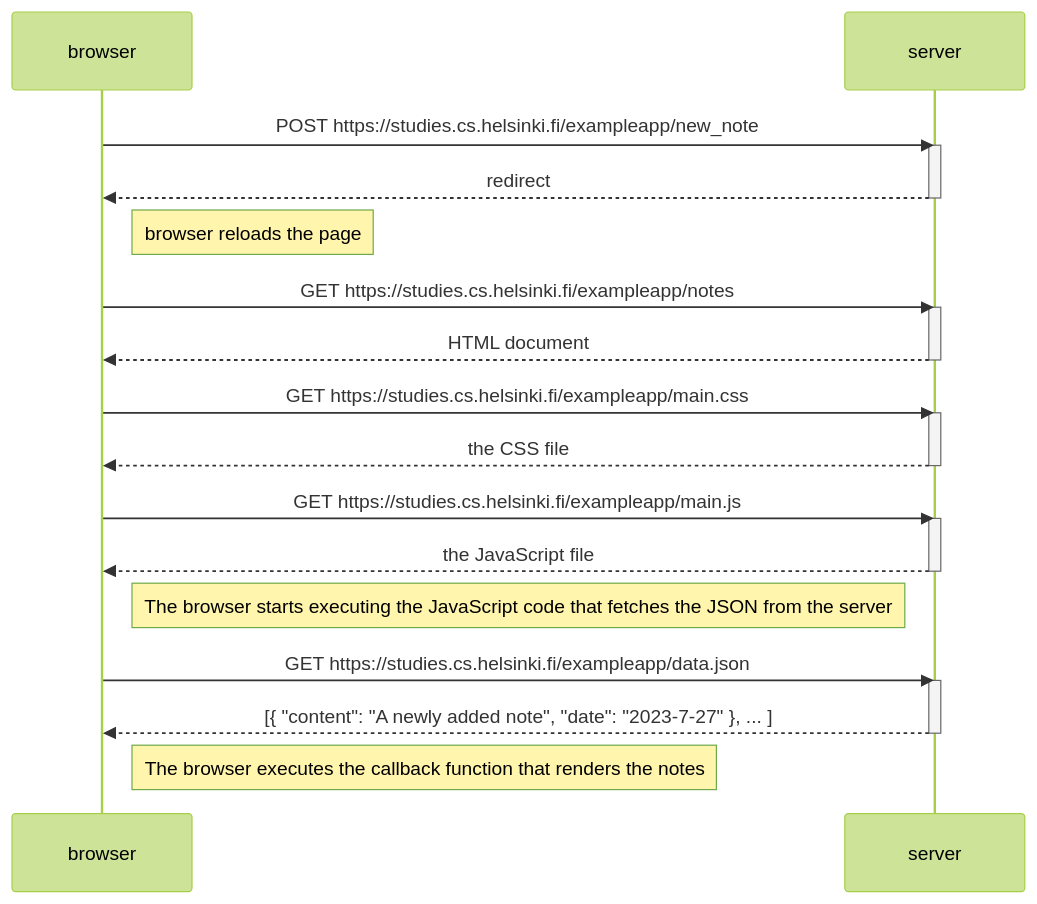
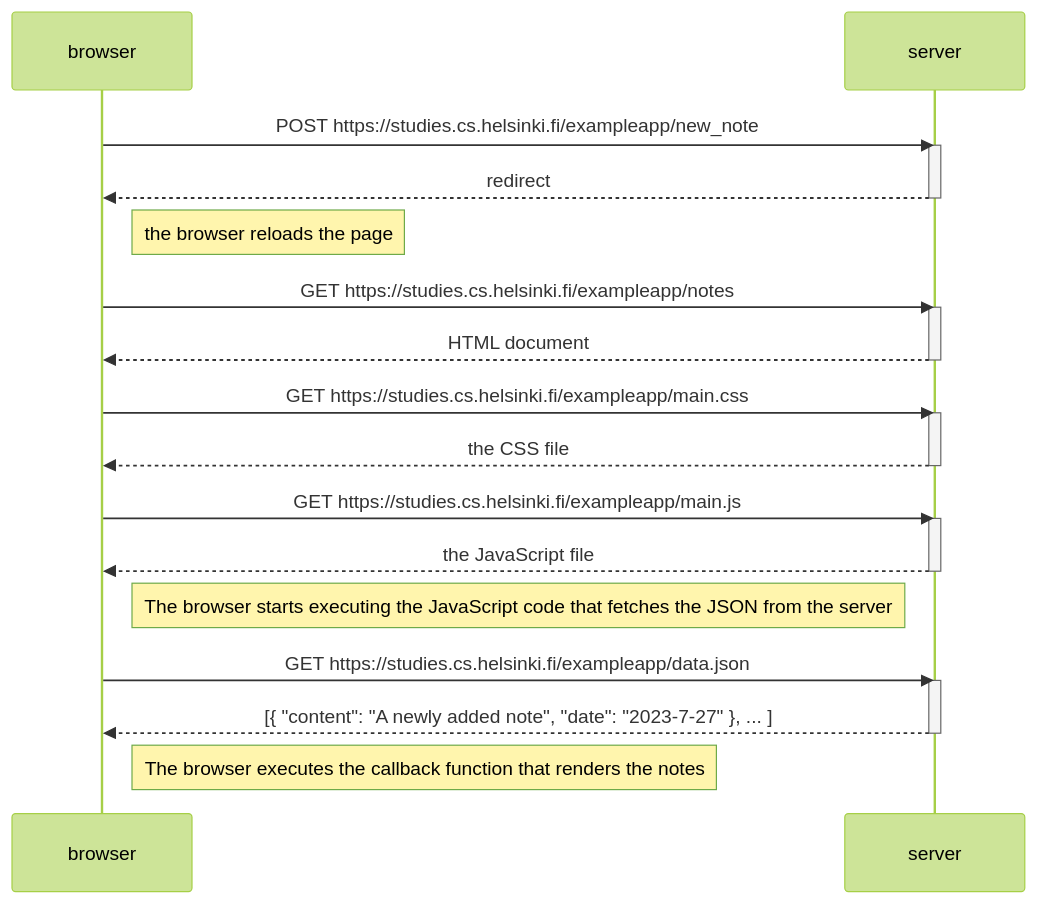
Before and after one commit to AlexanderGurnet/fullstackopen: the diagram in part0/0.4/new_note_diagram.md, drawn with Mermaid (forest theme).

````diff
--- a/part0/0.4/new_note_diagram.md
+++ b/part0/0.4/new_note_diagram.md
@@ -2,35 +2,35 @@
 ```mermaid
   sequenceDiagram
     participant browser
     participant server
 
     browser->>server: POST https://studies.cs.helsinki.fi/exampleapp/new_note
     activate server
     server-->>browser: redirect
     deactivate server
-    Note right of browser: browser reloads the page
+    Note right of browser: the browser reloads the page
 
     browser->>server: GET https://studies.cs.helsinki.fi/exampleapp/notes
     activate server
     server-->>browser: HTML document
     deactivate server
     
     browser->>server: GET https://studies.cs.helsinki.fi/exampleapp/main.css
     activate server
     server-->>browser: the CSS file
     deactivate server
 
     browser->>server: GET https://studies.cs.helsinki.fi/exampleapp/main.js
     activate server
     server-->>browser: the JavaScript file
     deactivate server
 
     Note right of browser: The browser starts executing the JavaScript code that fetches the JSON from the server
 
     browser->>server: GET https://studies.cs.helsinki.fi/exampleapp/data.json
     activate server
     server-->>browser: [{ "content": "A newly added note", "date": "2023-7-27" }, ... ]
     deactivate server
 
     Note right of browser: The browser executes the callback function that renders the notes
 ```
````
